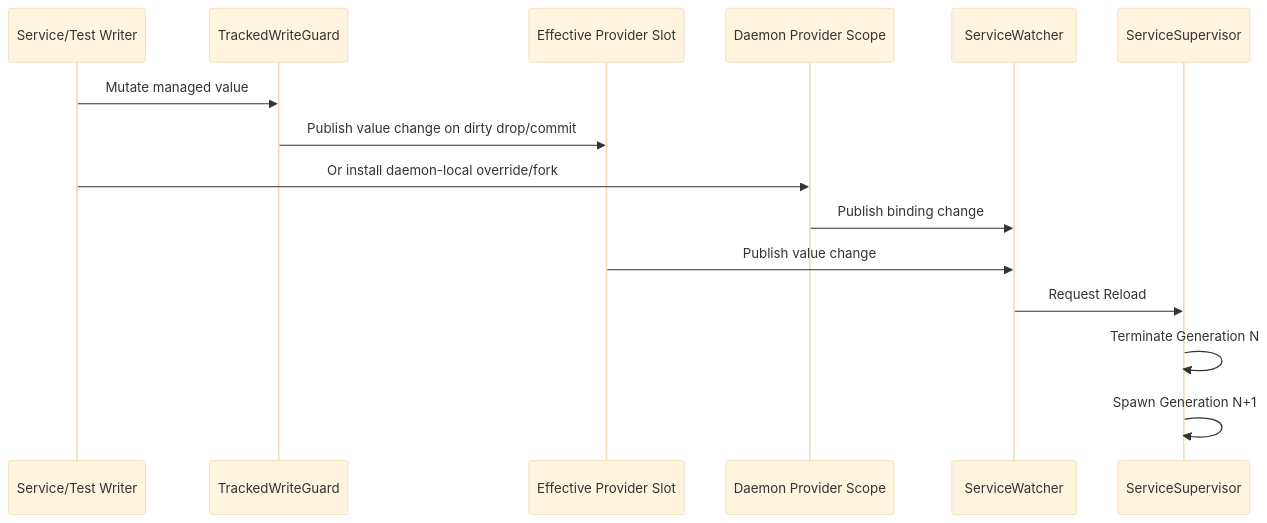
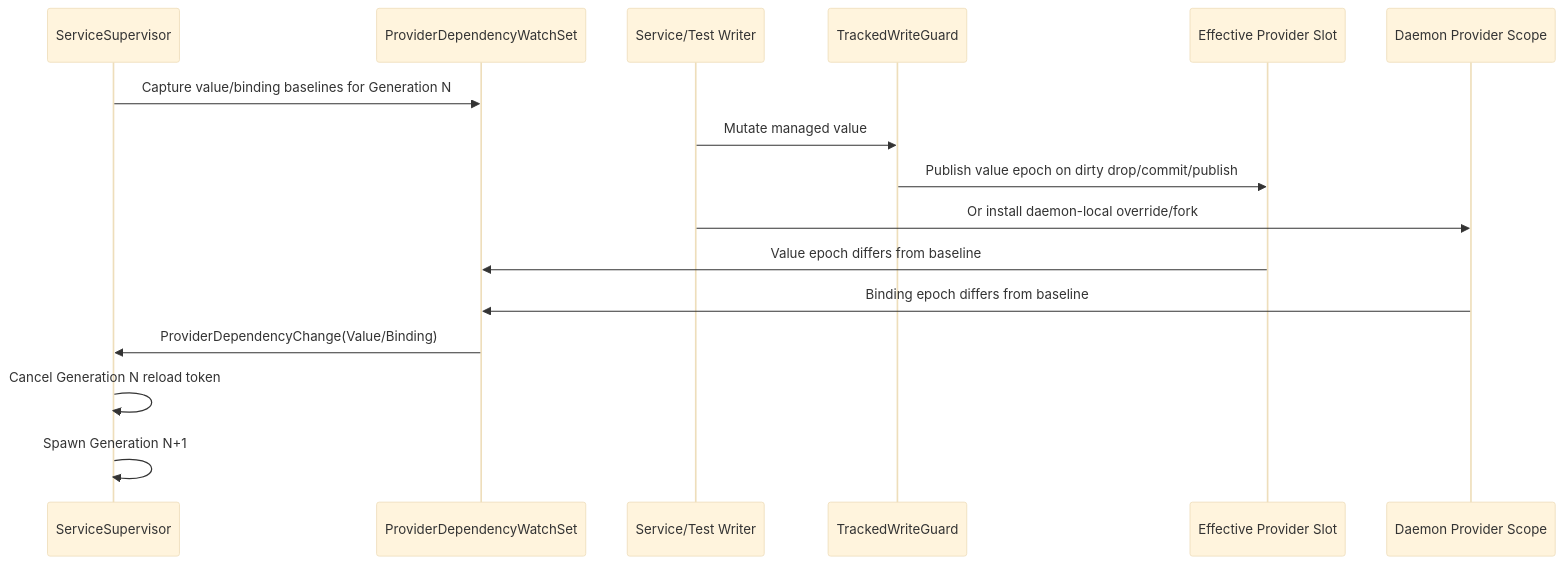
The diagram in docs/architecture/lifecycle-management.md (loft-games/service-daemon-rs), drawn with Mermaid (base theme) before and after one commit. The commit also changed other lines of this file and 19 other files, not shown here.

Commit message:
fix: make provider dependency reload generation-scoped

````diff
--- a/docs/architecture/lifecycle-management.md
+++ b/docs/architecture/lifecycle-management.md
@@ -44,18 +44,19 @@
 ```mermaid
 sequenceDiagram
+    participant Super as ServiceSupervisor
+    participant WatchSet as ProviderDependencyWatchSet
     participant Writer as Service/Test Writer
     participant Guard as TrackedWriteGuard
     participant Slot as Effective Provider Slot
     participant Scope as Daemon Provider Scope
-    participant Watcher as ServiceWatcher
-    participant Super as ServiceSupervisor
 
+    Super->>WatchSet: Capture value/binding baselines for Generation N
     Writer->>Guard: Mutate managed value
-    Guard->>Slot: Publish value change on dirty drop/commit
+    Guard->>Slot: Publish value epoch on dirty drop/commit/publish
     Writer->>Scope: Or install daemon-local override/fork
-    Scope->>Watcher: Publish binding change
-    Slot->>Watcher: Publish value change
-    Watcher->>Super: Request Reload
-    Super->>Super: Terminate Generation N
+    Slot->>WatchSet: Value epoch differs from baseline
+    Scope->>WatchSet: Binding epoch differs from baseline
+    WatchSet->>Super: ProviderDependencyChange(Value/Binding)
+    Super->>Super: Cancel Generation N reload token
     Super->>Super: Spawn Generation N+1
 ```
````
